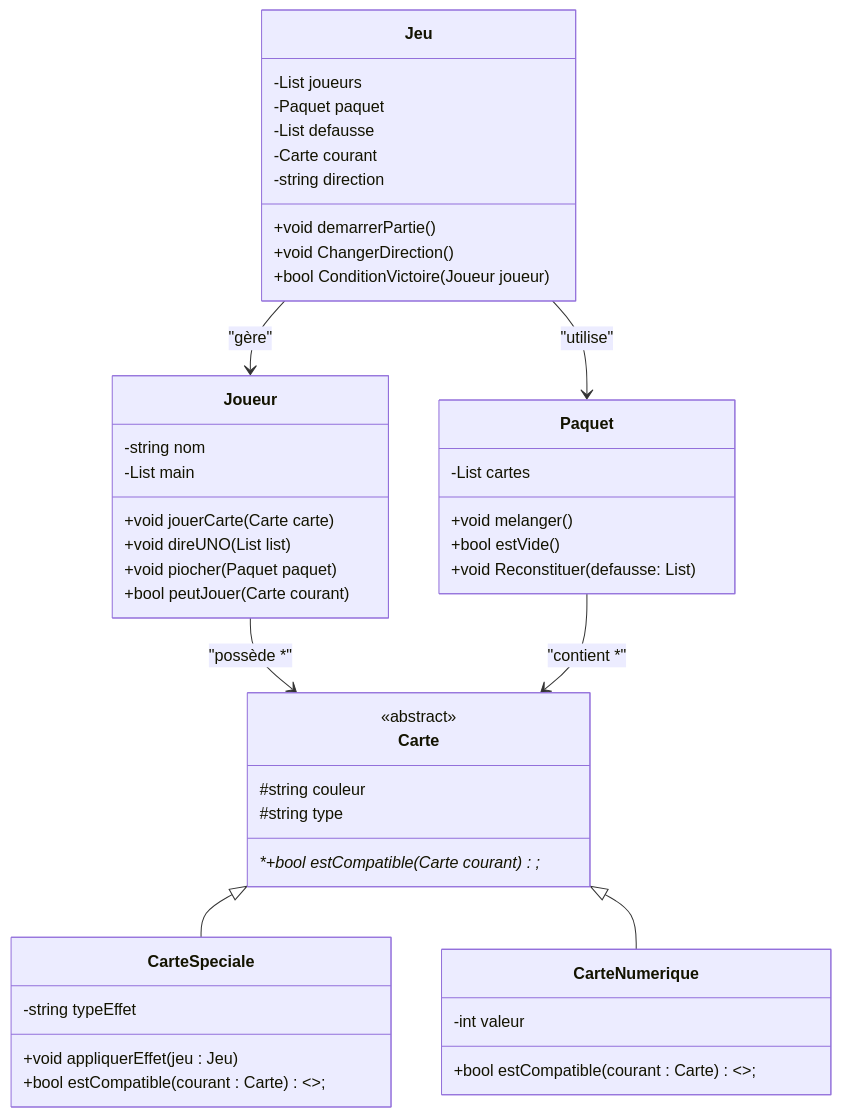
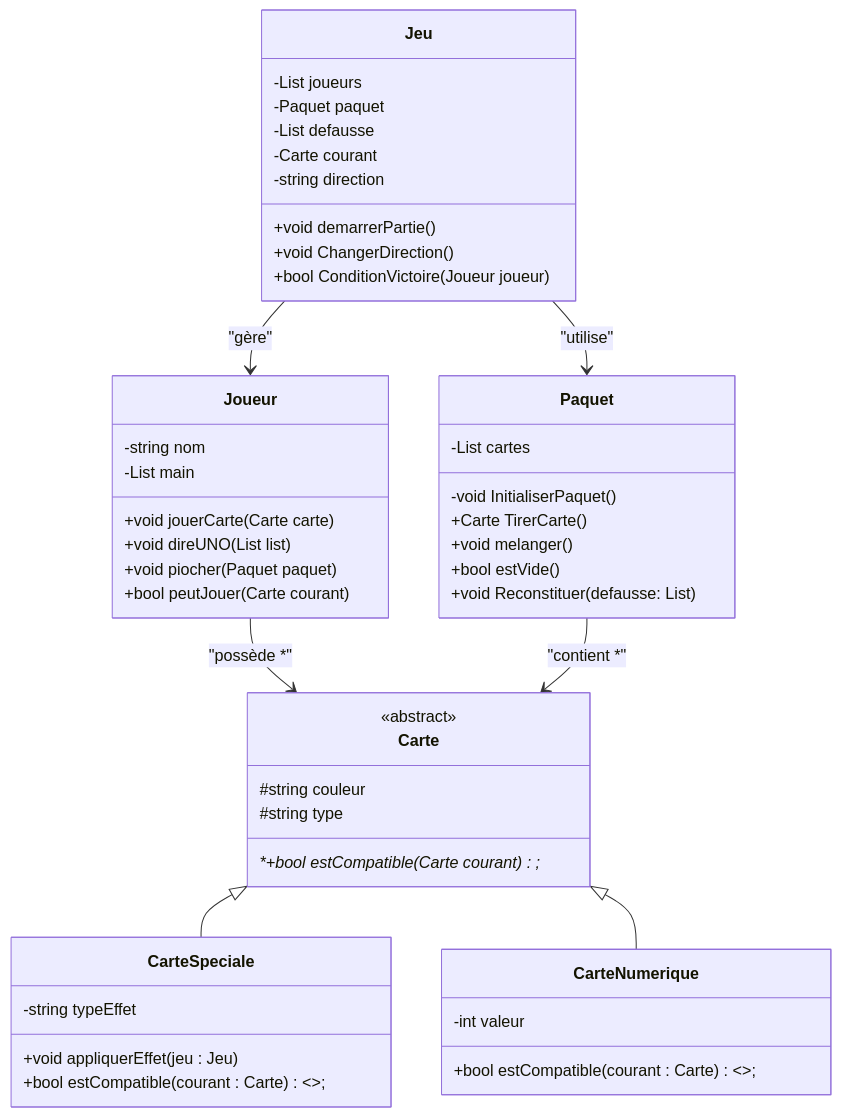
Before and after one commit to Lil-Code30/uno-game: the diagram in README.md, drawn with Mermaid.

Commit message:
Update class diagram in README for Paquet methods
Added InitialiserPaquet and TirerCarte methods to the Paquet class in the class diagram section of the README to reflect recent changes in the codebase.

````diff
--- a/README.md
+++ b/README.md
@@ -26,60 +26,62 @@
 ```mermaid
 classDiagram
     class Jeu {
         -List<Joueur> joueurs
         -Paquet paquet
         -List<Carte> defausse
         -Carte courant
         -string direction
 
         +void demarrerPartie() 
         +void ChangerDirection()
         +bool ConditionVictoire(Joueur joueur )
     }
 
     class Joueur {
         -string nom 
         -List<Carte> main 
 
         +void jouerCarte(Carte carte) 
         +void direUNO(List<Carte> list)
         +void piocher(Paquet paquet) 
         +bool peutJouer(Carte courant) 
     }
 
     class Paquet {
         -List<Carte> cartes
 
+        -void InitialiserPaquet()
+        +Carte TirerCarte()
         +void melanger()
         +bool estVide()
         +void Reconstituer(defausse: List<Carte>)
     }
 
     class Carte {
         <<abstract>>
         #string couleur 
         #string type 
 
         *+bool estCompatible(Carte courant )*;
     }
 
     class CarteSpeciale {
         -string typeEffet
 
         +void appliquerEffet(jeu : Jeu)
         +bool estCompatible(courant : Carte) <<override>>;
     }
 
     class CarteNumerique {
         -int valeur
 
         +bool estCompatible(courant : Carte) <<override>>;
     }
 
     Jeu --> Joueur : "gère"
     Jeu --> Paquet : "utilise"
     Joueur --> Carte : "possède *"
     Paquet --> Carte : "contient *"
     Carte <|-- CarteSpeciale
     Carte <|-- CarteNumerique
 ```
````
